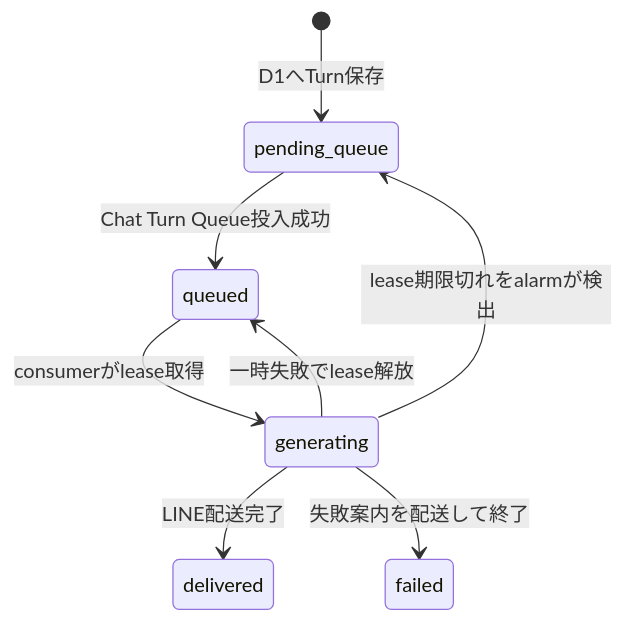
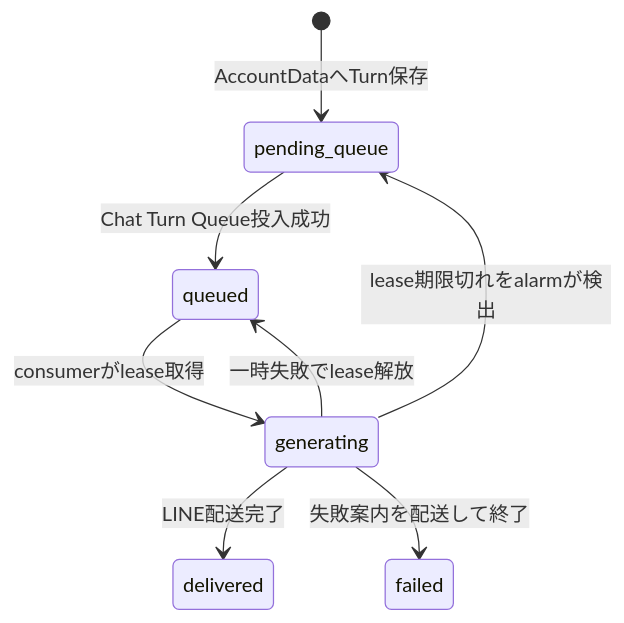
One commit to kkyosuke/me-builder changed the fifth of 7 diagrams in docs/architecture/diary-chat-implementation-design.md. Above: the diagram before and after it, drawn with Mermaid. The commit also changed other lines of this file and 69 other files, not shown here.

````diff
--- a/docs/architecture/diary-chat-implementation-design.md
+++ b/docs/architecture/diary-chat-implementation-design.md
@@ -318,10 +317,10 @@
 ```mermaid
 stateDiagram-v2
-    [*] --> pending_queue: D1へTurn保存
+    [*] --> pending_queue: AccountDataへTurn保存
     pending_queue --> queued: Chat Turn Queue投入成功
     queued --> generating: consumerがlease取得
     generating --> queued: 一時失敗でlease解放
     generating --> pending_queue: lease期限切れをalarmが検出
     generating --> delivered: LINE配送完了
     generating --> failed: 失敗案内を配送して終了
 ```
````
